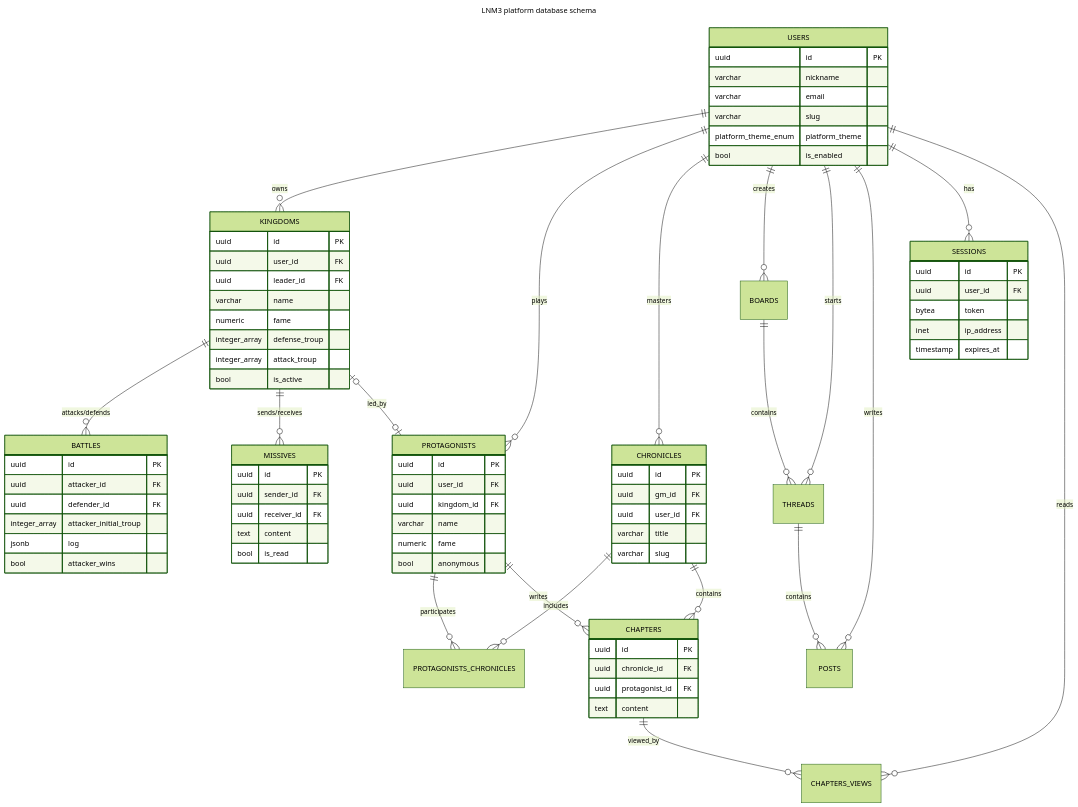
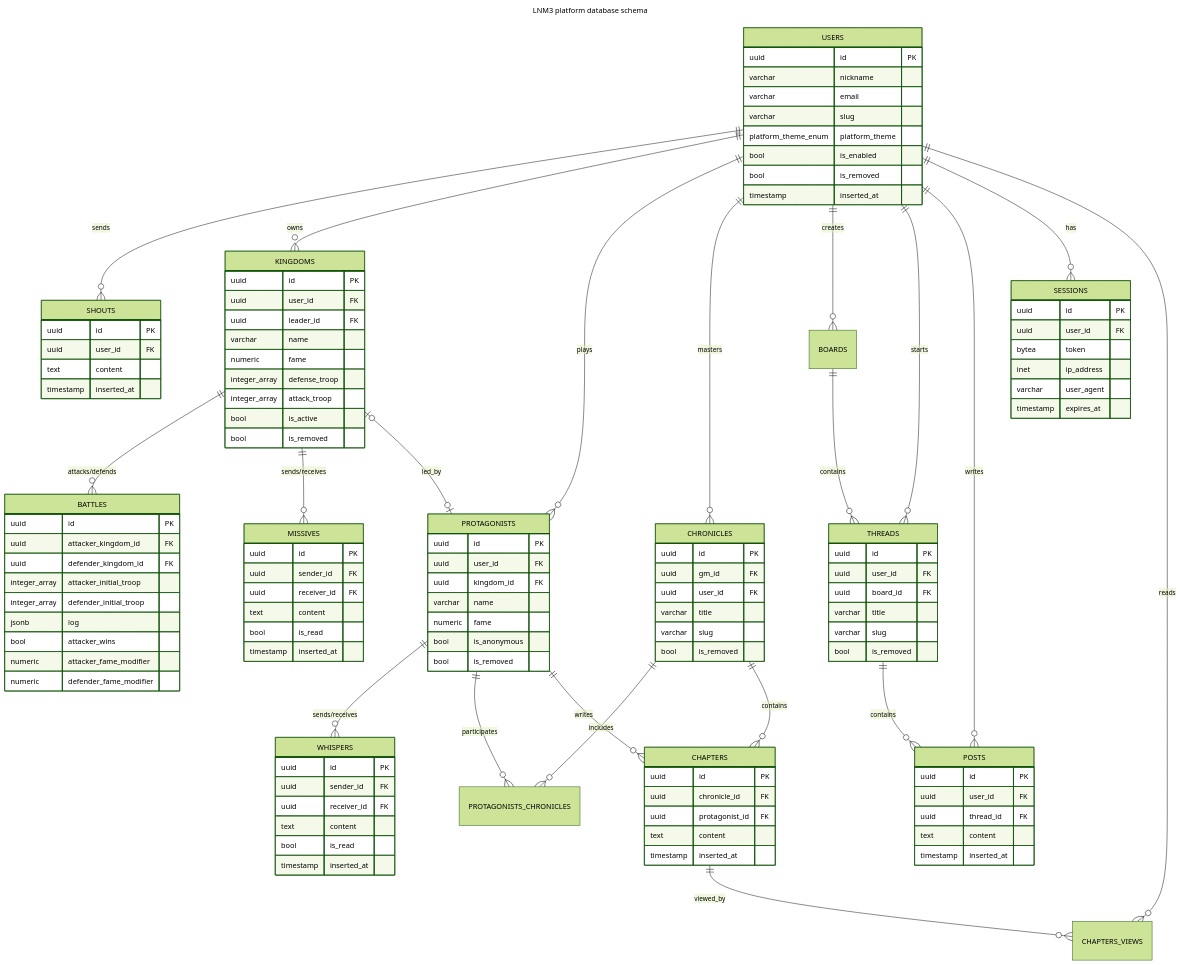
Before and after one commit to akisroc/liblnm3: the second of 2 diagrams in README.md, drawn with Mermaid (forest theme). The commit also changed 6 other files, not shown here.

Commit message:
Add missing DB schemas

````diff
--- a/README.md
+++ b/README.md
@@ -136,6 +136,7 @@
 title: LNM3 platform database schema
 ---
 erDiagram
+    USERS ||--o{ SHOUTS : "sends"
     USERS ||--o{ KINGDOMS : "owns"
     USERS ||--o{ PROTAGONISTS : "plays"
     USERS ||--o{ CHRONICLES : "masters"
@@ -149,8 +150,10 @@
     KINGDOMS ||--o{ MISSIVES : "sends/receives"
     KINGDOMS |o--o| PROTAGONISTS : "led_by"
 
+    PROTAGONISTS ||--o{ WHISPERS : "sends/receives"
     PROTAGONISTS ||--o{ PROTAGONISTS_CHRONICLES : "participates"
     PROTAGONISTS ||--o{ CHAPTERS : "writes"
+
     CHRONICLES ||--o{ PROTAGONISTS_CHRONICLES : "includes"
     CHRONICLES ||--o{ CHAPTERS : "contains"
     
@@ -165,6 +168,18 @@
         varchar slug
         platform_theme_enum platform_theme
         bool is_enabled
+        bool is_removed
+        timestamp inserted_at
+    }
+
+    PROTAGONISTS {
+        uuid id PK
+        uuid user_id FK
+        uuid kingdom_id FK
+        varchar name
+        numeric fame
+        bool is_anonymous
+        bool is_removed
     }
 
     KINGDOMS {
@@ -173,27 +188,26 @@
         uuid leader_id FK
         varchar name
         numeric fame
-        integer_array defense_troup
-        integer_array attack_troup
+        integer_array defense_troop
+        integer_array attack_troop
         bool is_active
+        bool is_removed
     }
 
-    BATTLES {
+    SHOUTS {
         uuid id PK
-        uuid attacker_id FK
-        uuid defender_id FK
-        integer_array attacker_initial_troup
-        jsonb log
-        bool attacker_wins
+        uuid user_id FK
+        text content
+        timestamp inserted_at
     }
 
-    PROTAGONISTS {
+    WHISPERS {
         uuid id PK
-        uuid user_id FK
-        uuid kingdom_id FK
-        varchar name
-        numeric fame
-        bool anonymous
+        uuid sender_id FK
+        uuid receiver_id FK
+        text content
+        bool is_read
+        timestamp inserted_at
     }
 
     MISSIVES {
@@ -202,6 +216,19 @@
         uuid receiver_id FK
         text content
         bool is_read
+        timestamp inserted_at
+    }
+
+    BATTLES {
+        uuid id PK
+        uuid attacker_kingdom_id FK
+        uuid defender_kingdom_id FK
+        integer_array attacker_initial_troop
+        integer_array defender_initial_troop
+        jsonb log
+        bool attacker_wins
+        numeric attacker_fame_modifier
+        numeric defender_fame_modifier
     }
 
     CHRONICLES {
@@ -210,6 +237,7 @@
         uuid user_id FK
         varchar title
         varchar slug
+        bool is_removed
     }
 
     CHAPTERS {
@@ -217,6 +245,24 @@
         uuid chronicle_id FK
         uuid protagonist_id FK
         text content
+        timestamp inserted_at
+    }
+
+    THREADS {
+        uuid id PK
+        uuid user_id FK
+        uuid board_id FK
+        varchar title
+        varchar slug
+        bool is_removed
+    }
+
+    POSTS {
+        uuid id PK
+        uuid user_id FK
+        uuid thread_id FK
+        text content
+        timestamp inserted_at
     }
 
     SESSIONS {
@@ -224,6 +270,7 @@
         uuid user_id FK
         bytea token
         inet ip_address
+        varchar user_agent
         timestamp expires_at
     }
 ```
````
